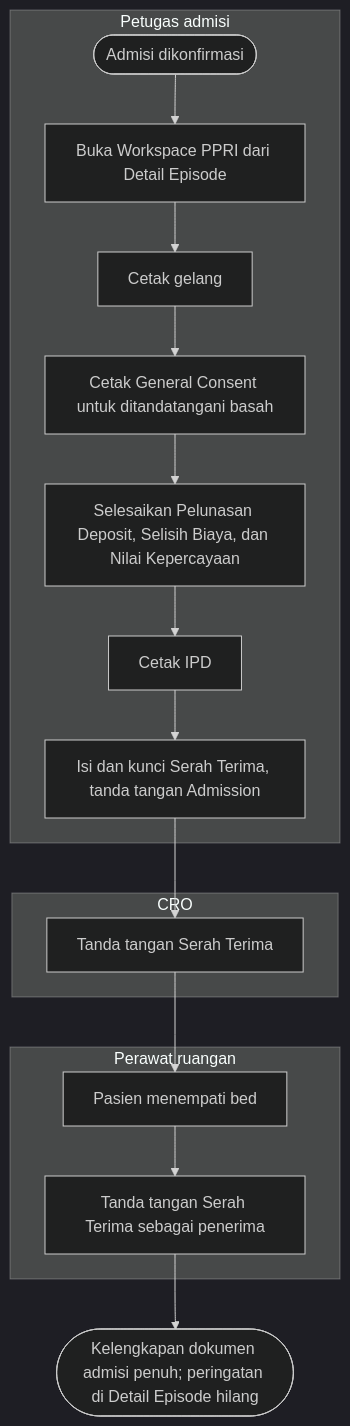
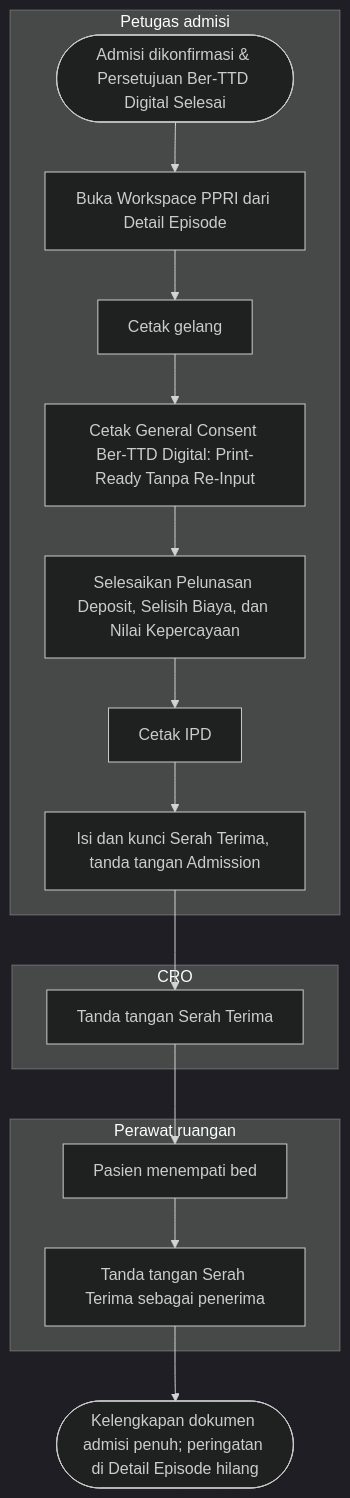
Before and after one commit to DevBenari/NewQuilvianSystemBackend: the fourth of 5 diagrams in docs/module-blueprints/rawat-inap/episode-rawat-inap/flowcharts/00-alur-utama.md, drawn with Mermaid (dark theme). The commit also changed other lines of this file and 54 other files, not shown here.

````diff
--- a/docs/module-blueprints/rawat-inap/episode-rawat-inap/flowcharts/00-alur-utama.md
+++ b/docs/module-blueprints/rawat-inap/episode-rawat-inap/flowcharts/00-alur-utama.md
@@ -82,19 +148,19 @@
 ```mermaid
 flowchart TD
     subgraph admisi[Petugas admisi]
-        A([Admisi dikonfirmasi]) --> B[Buka Workspace PPRI dari Detail Episode]
+        A([Admisi dikonfirmasi & Persetujuan Ber-TTD Digital Selesai]) --> B[Buka Workspace PPRI dari Detail Episode]
         B --> C[Cetak gelang]
-        C --> D[Cetak General Consent untuk ditandatangani basah]
+        C --> D[Cetak General Consent Ber-TTD Digital: Print-Ready Tanpa Re-Input]
         D --> E[Selesaikan Pelunasan Deposit, Selisih Biaya, dan Nilai Kepercayaan]
         E --> F[Cetak IPD]
         F --> G[Isi dan kunci Serah Terima, tanda tangan Admission]
     end
     subgraph cro[CRO]
         G --> H[Tanda tangan Serah Terima]
     end
     subgraph perawat[Perawat ruangan]
         H --> I[Pasien menempati bed]
         I --> J[Tanda tangan Serah Terima sebagai penerima]
     end
     J --> K([Kelengkapan dokumen admisi penuh; peringatan di Detail Episode hilang])
 ```
````
